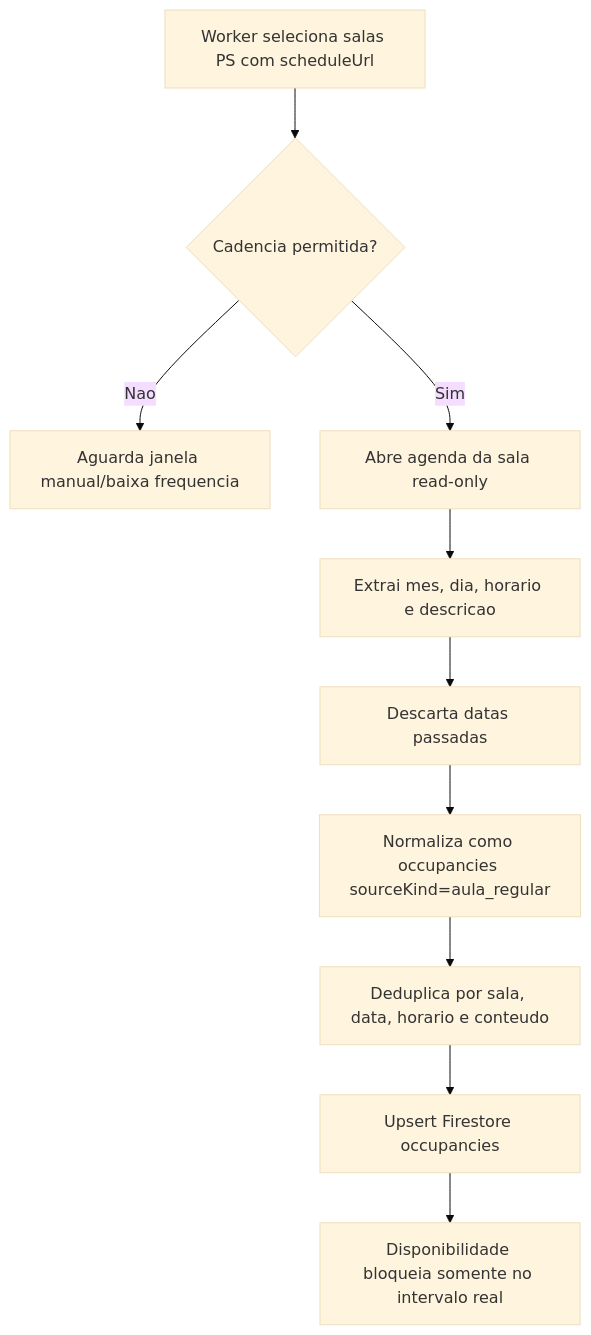
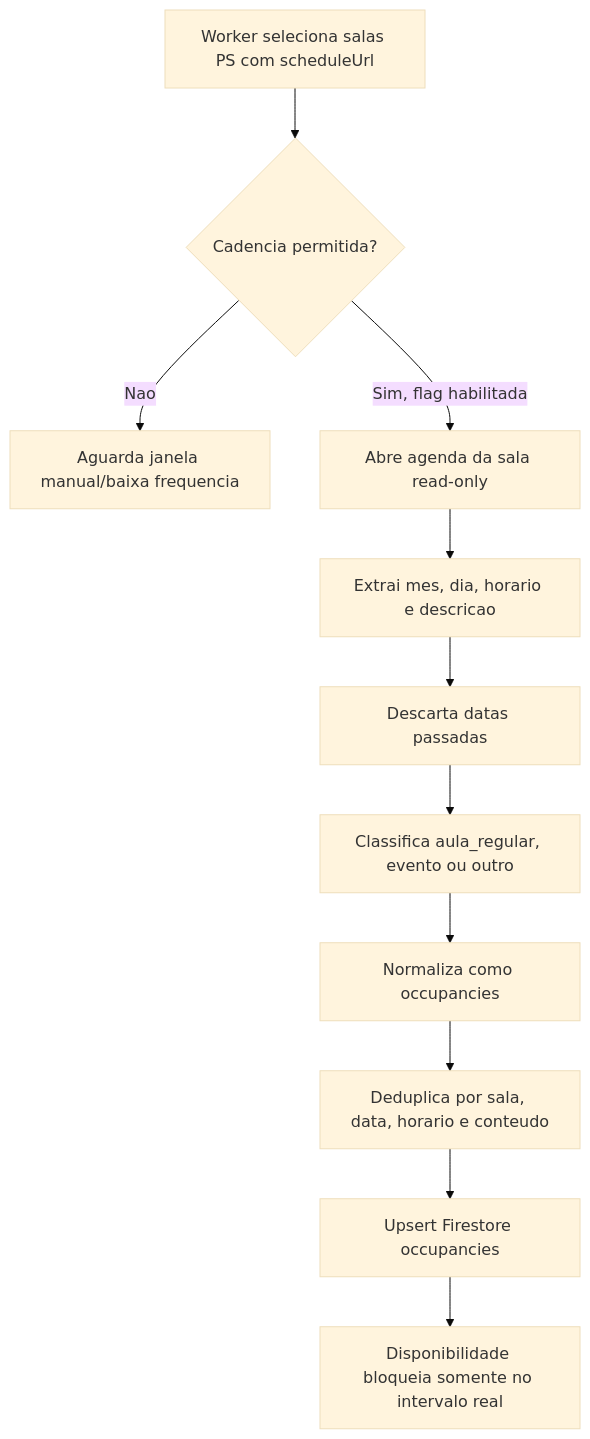
Before and after one commit to jacsonlinux/chaveiro-ifbaps: the sixth of 13 diagrams in docs/diagramas.md, drawn with Mermaid (base theme). The commit also changed 19 other files, not shown here.

````diff
--- a/docs/diagramas.md
+++ b/docs/diagramas.md
@@ -126,12 +126,13 @@
 ```mermaid
 flowchart TD
     A[Worker seleciona salas PS com scheduleUrl] --> B{Cadencia permitida?}
     B -->|Nao| C[Aguarda janela manual/baixa frequencia]
-    B -->|Sim| D[Abre agenda da sala read-only]
+    B -->|Sim, flag habilitada| D[Abre agenda da sala read-only]
     D --> E[Extrai mes, dia, horario e descricao]
     E --> F[Descarta datas passadas]
-    F --> G[Normaliza como occupancies sourceKind=aula_regular]
-    G --> H[Deduplica por sala, data, horario e conteudo]
-    H --> I[Upsert Firestore occupancies]
-    I --> J[Disponibilidade bloqueia somente no intervalo real]
+    F --> G[Classifica aula_regular, evento ou outro]
+    G --> H[Normaliza como occupancies]
+    H --> I[Deduplica por sala, data, horario e conteudo]
+    I --> J[Upsert Firestore occupancies]
+    J --> K[Disponibilidade bloqueia somente no intervalo real]
 ```
````
